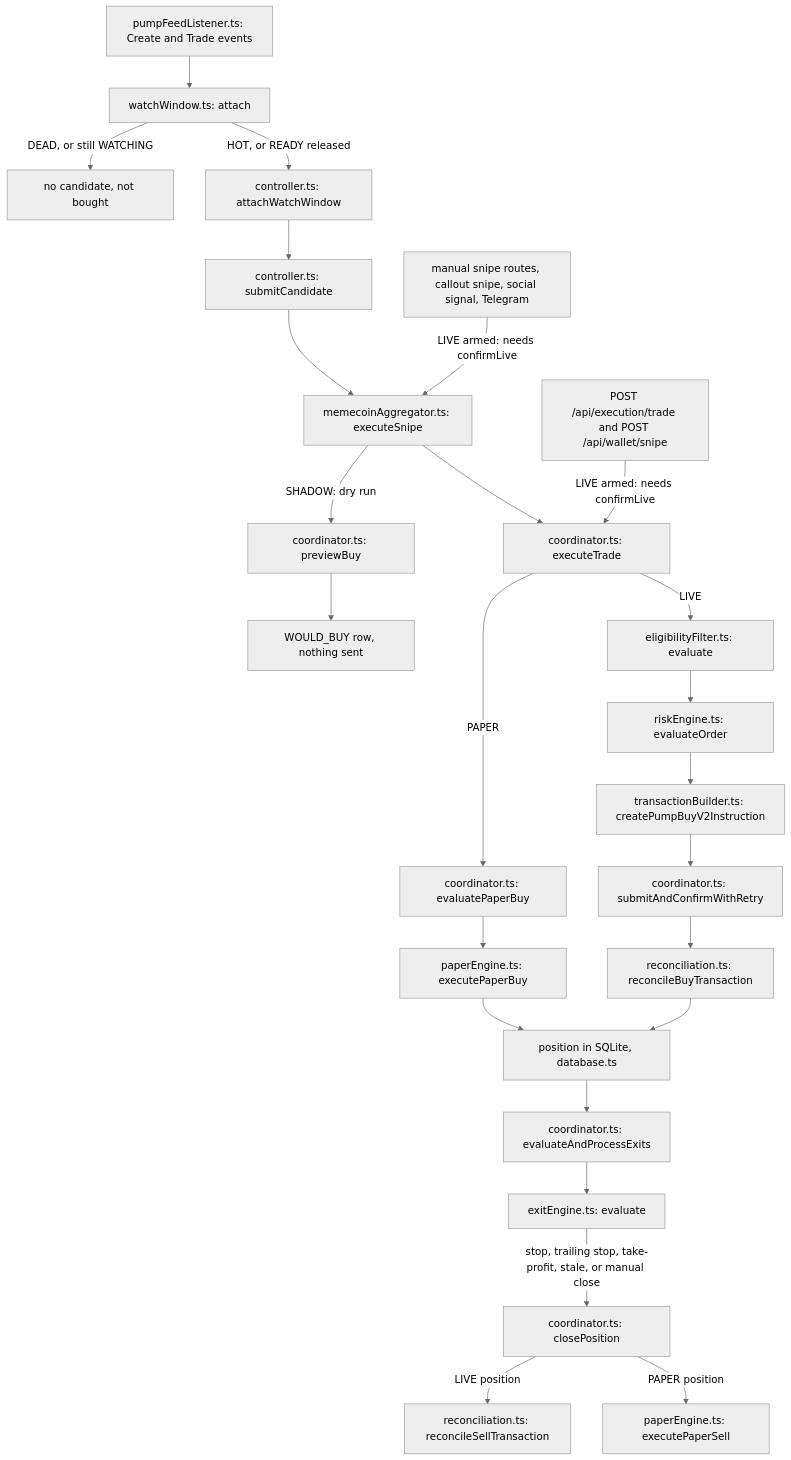
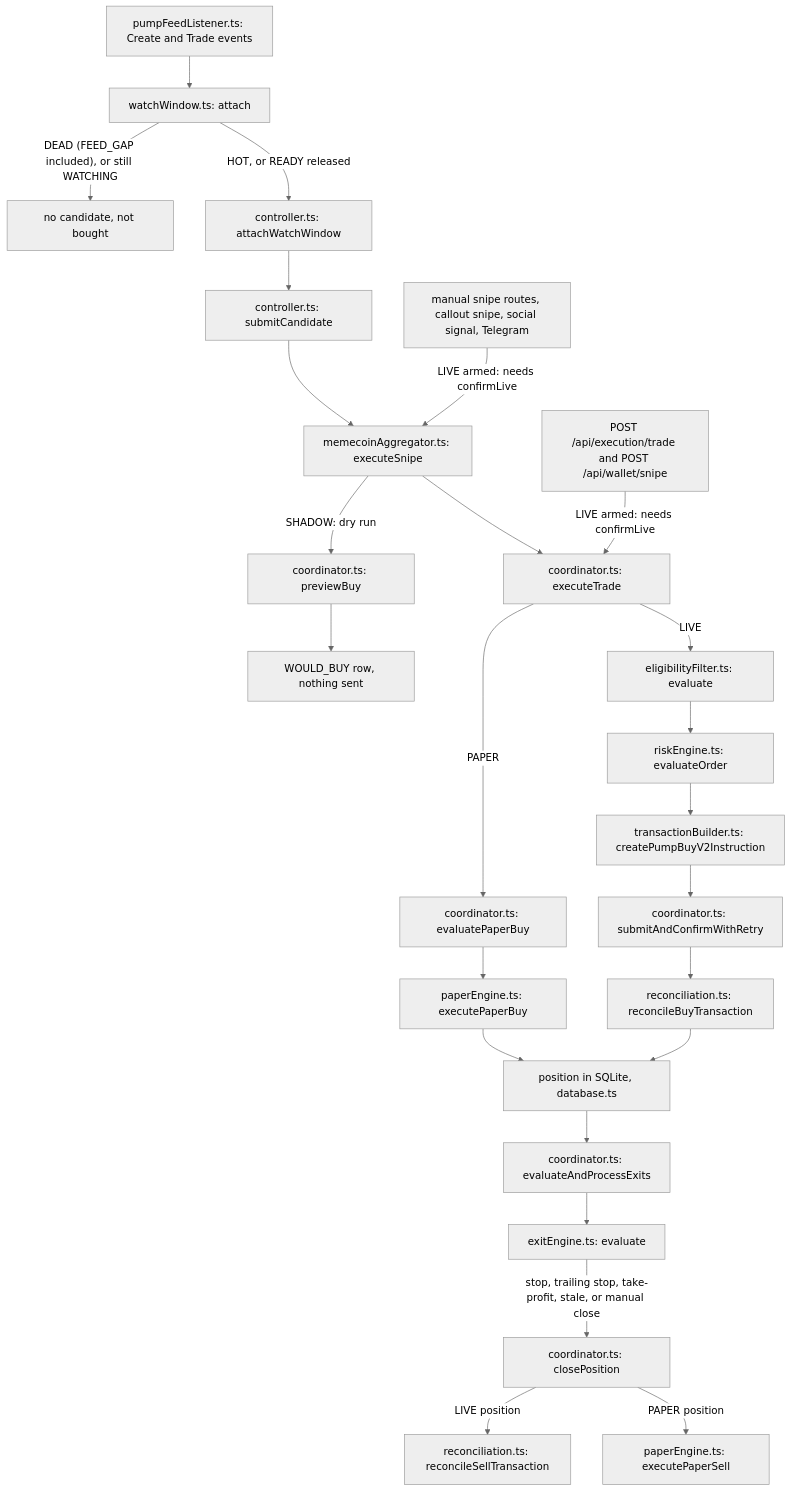
Before and after one commit to ttcdm/hft: the first of 3 diagrams in docs/ARCHITECTURE.md, drawn with Mermaid (neutral theme). The commit also changed other lines of this file and 15 other files, not shown here.

````diff
--- a/docs/ARCHITECTURE.md
+++ b/docs/ARCHITECTURE.md
@@ -40,27 +40,27 @@
 ```mermaid
 flowchart TD
   feed["pumpFeedListener.ts: Create and Trade events"] --> ww["watchWindow.ts: attach"]
-  ww -->|"DEAD, or still WATCHING"| dropped["no candidate, not bought"]
+  ww -->|"DEAD (FEED_GAP included), or still WATCHING"| dropped["no candidate, not bought"]
   ww -->|"HOT, or READY released"| att["controller.ts: attachWatchWindow"]
   att --> sub["controller.ts: submitCandidate"]
   sub --> snipe["memecoinAggregator.ts: executeSnipe"]
   manual["manual snipe routes, callout snipe, social signal, Telegram"] -->|"LIVE armed: needs confirmLive"| snipe
   snipe -->|"SHADOW: dry run"| prev["coordinator.ts: previewBuy"]
   prev --> would["WOULD_BUY row, nothing sent"]
   snipe --> exec["coordinator.ts: executeTrade"]
   direct["POST /api/execution/trade and POST /api/wallet/snipe"] -->|"LIVE armed: needs confirmLive"| exec
   exec -->|"PAPER"| pgate["coordinator.ts: evaluatePaperBuy"]
   pgate --> pfill["paperEngine.ts: executePaperBuy"]
   exec -->|"LIVE"| elig["eligibilityFilter.ts: evaluate"]
   elig --> risk["riskEngine.ts: evaluateOrder"]
   risk --> build["transactionBuilder.ts: createPumpBuyV2Instruction"]
   build --> send["coordinator.ts: submitAndConfirmWithRetry"]
   send --> recon["reconciliation.ts: reconcileBuyTransaction"]
   pfill --> pos["position in SQLite, database.ts"]
   recon --> pos
   pos --> exits["coordinator.ts: evaluateAndProcessExits"]
   exits --> rule["exitEngine.ts: evaluate"]
   rule -->|"stop, trailing stop, take-profit, stale, or manual close"| close["coordinator.ts: closePosition"]
   close -->|"LIVE position"| sell["reconciliation.ts: reconcileSellTransaction"]
   close -->|"PAPER position"| psell["paperEngine.ts: executePaperSell"]
 ```
````
